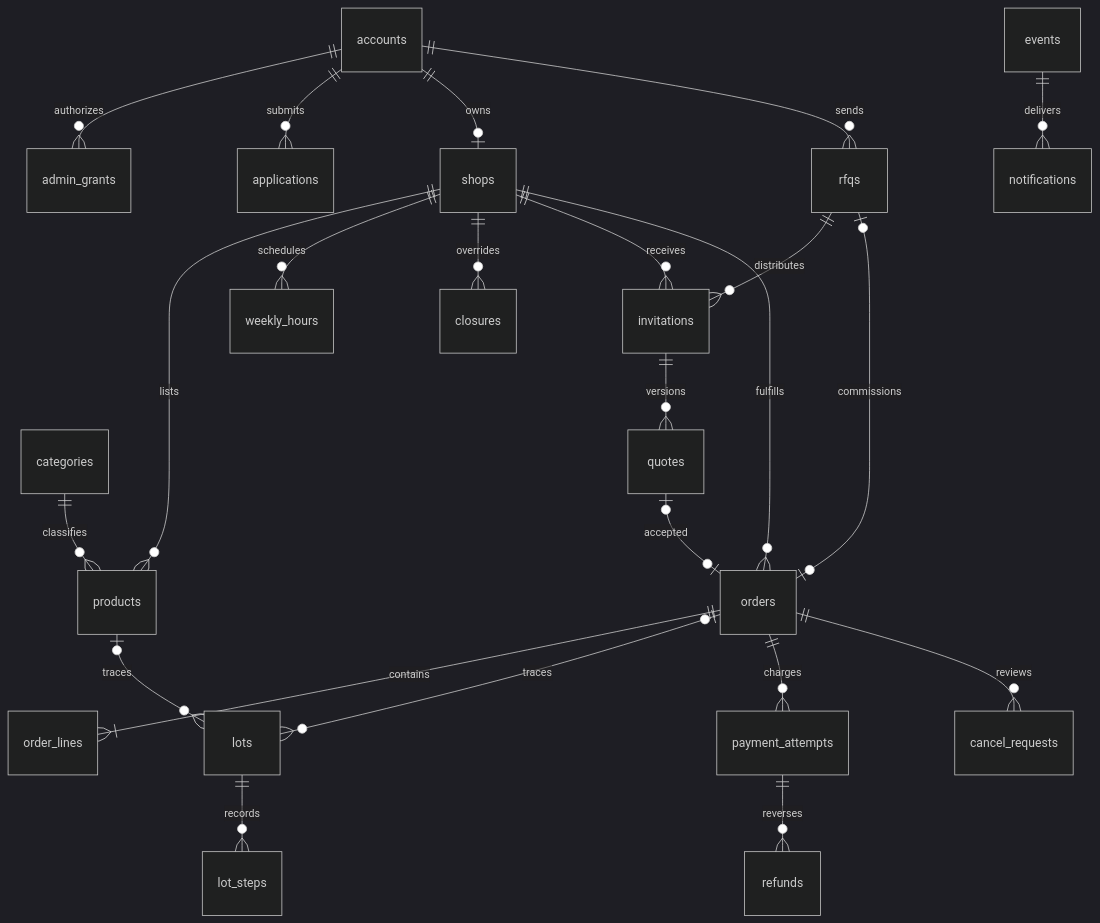
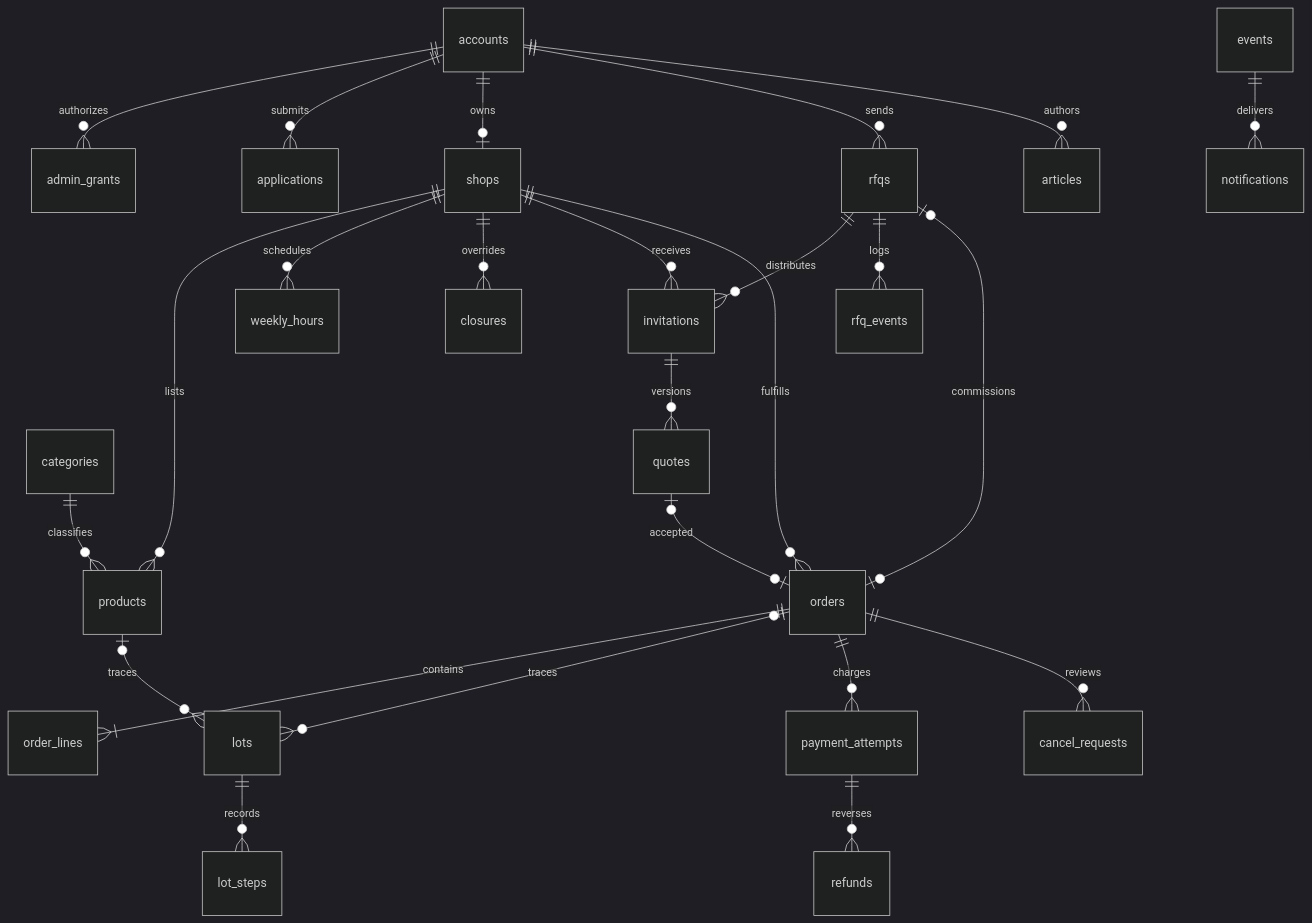
One commit to Verzol/vcraft changed the diagram in docs/design/erd.md. Above: the diagram before and after it, drawn with Mermaid (dark theme). The commit also changed other lines of this file and 25 other files, not shown here.

Commit message:
docs: finalize architecture, design system, data dictionary, error codes and sync BRD/SRS (#10)

````diff
--- a/docs/design/erd.md
+++ b/docs/design/erd.md
@@ -5,25 +5,27 @@
 ```mermaid
 erDiagram
     accounts ||--o{ admin_grants : authorizes
     accounts ||--o{ applications : submits
     accounts ||--o| shops : owns
     shops ||--o{ products : lists
     categories ||--o{ products : classifies
     shops ||--o{ weekly_hours : schedules
     shops ||--o{ closures : overrides
     accounts ||--o{ rfqs : sends
     rfqs ||--o{ invitations : distributes
+    rfqs ||--o{ rfq_events : logs
     shops ||--o{ invitations : receives
     invitations ||--o{ quotes : versions
     quotes o|--o| orders : accepted
     rfqs o|--o| orders : commissions
     shops ||--o{ orders : fulfills
     orders ||--|{ order_lines : contains
     products o|--o{ lots : traces
     orders o|--o{ lots : traces
     lots ||--o{ lot_steps : records
     orders ||--o{ payment_attempts : charges
     payment_attempts ||--o{ refunds : reverses
     orders ||--o{ cancel_requests : reviews
     events ||--o{ notifications : delivers
+    accounts ||--o{ articles : authors
 ```
````
